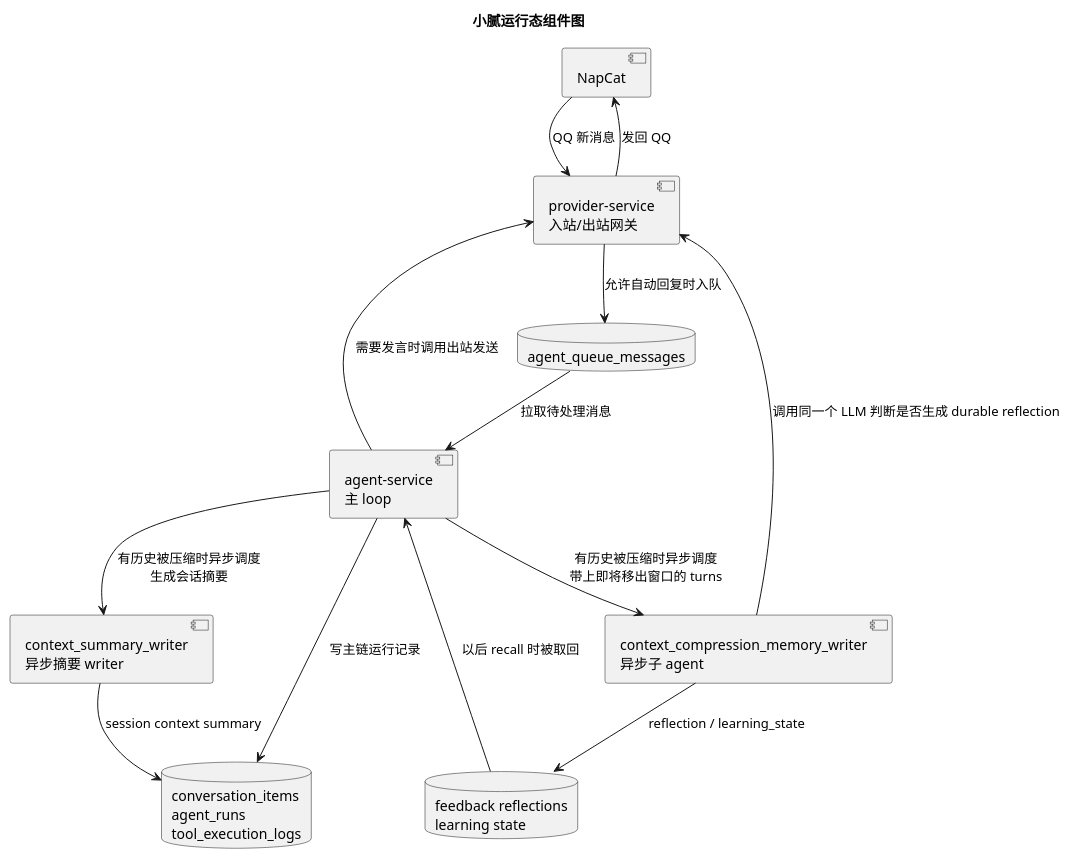
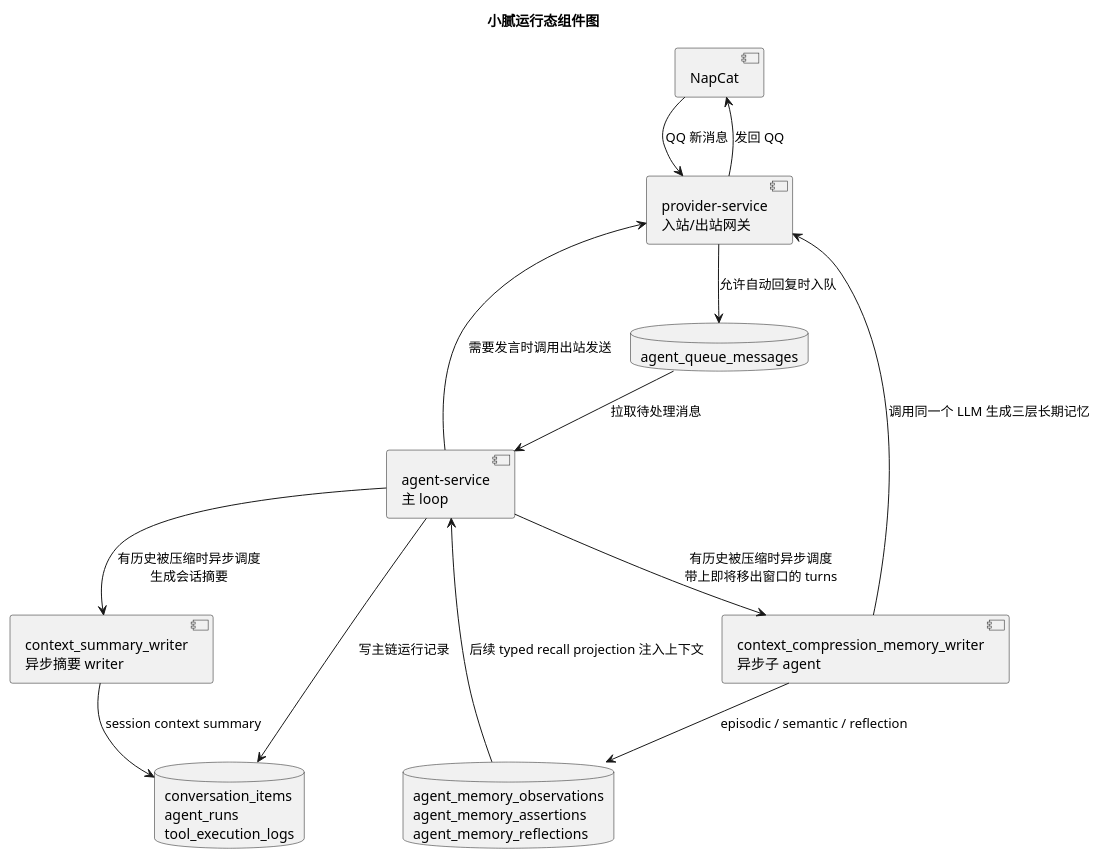
The second of 2 diagrams in docs/AGENTS_AGENT_LOOP_RUNTIME.md (Hei-AI/xiaoni_cc), drawn with PlantUML before and after one commit. The commit also changed other lines of this file and 7 other files, not shown here.

Commit message:
docs: sync Xiaoni memory architecture docs

````diff
--- a/docs/AGENTS_AGENT_LOOP_RUNTIME.md
+++ b/docs/AGENTS_AGENT_LOOP_RUNTIME.md
@@ -801,28 +777,28 @@
 ```plantuml
 @startuml
 title 小腻运行态组件图
 
 component "NapCat" as napcat
 component "provider-service\n入站/出站网关" as provider
 component "agent-service\n主 loop" as agent
 database "agent_queue_messages" as queue
 database "conversation_items\nagent_runs\ntool_execution_logs" as runtime_db
-database "feedback reflections\nlearning state" as learning_db
+database "agent_memory_observations\nagent_memory_assertions\nagent_memory_reflections" as memory_db
 component "context_compression_memory_writer\n异步子 agent" as subagent
 component "context_summary_writer\n异步摘要 writer" as summary
 
 napcat --> provider : QQ 新消息
 provider --> queue : 允许自动回复时入队
 queue --> agent : 拉取待处理消息
 agent --> runtime_db : 写主链运行记录
 agent --> provider : 需要发言时调用出站发送
 provider --> napcat : 发回 QQ
 
 agent --> subagent : 有历史被压缩时异步调度\n带上即将移出窗口的 turns
-subagent --> provider : 调用同一个 LLM 判断是否生成 durable reflection
-subagent --> learning_db : reflection / learning_state
+subagent --> provider : 调用同一个 LLM 生成三层长期记忆
+subagent --> memory_db : episodic / semantic / reflection
 agent --> summary : 有历史被压缩时异步调度\n生成会话摘要
 summary --> runtime_db : session context summary
-learning_db --> agent : 以后 recall 时被取回
+memory_db --> agent : 后续 typed recall projection 注入上下文
 @enduml
 ```
````
